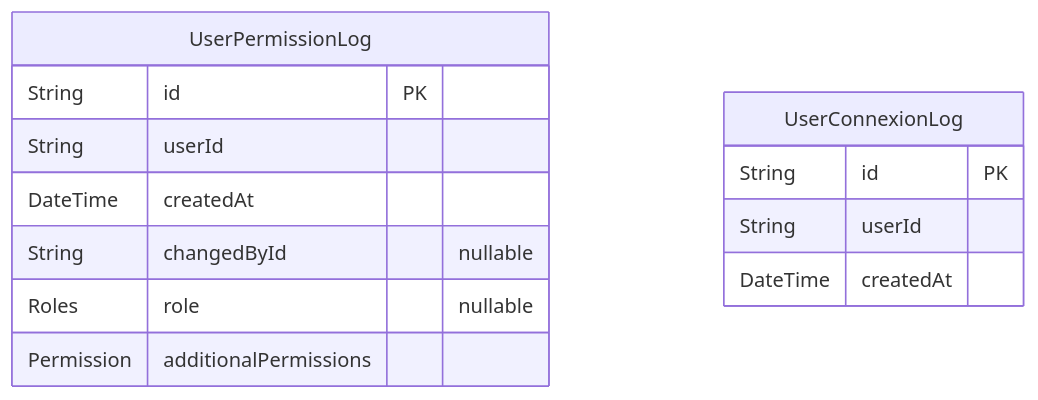
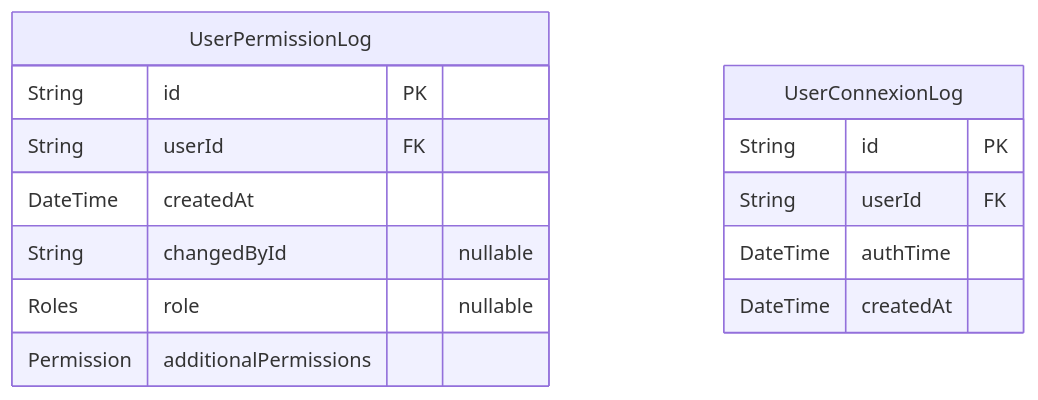
Diagram 13 of 13 in backend/prisma/docs/schema.md (dnum-mi/referentiel-applications), drawn with Mermaid before and after one commit. The commit also changed other lines of this file and 6 other files, not shown here.

````diff
--- a/backend/prisma/docs/schema.md
+++ b/backend/prisma/docs/schema.md
@@ -809,16 +809,17 @@
 ```mermaid
 erDiagram
 "UserPermissionLog" {
   String id PK
-  String userId
+  String userId FK
   DateTime createdAt
   String changedById "nullable"
   Roles role "nullable"
   Permission additionalPermissions
 }
 "UserConnexionLog" {
   String id PK
-  String userId
+  String userId FK
+  DateTime authTime
   DateTime createdAt
 }
 ```
````
